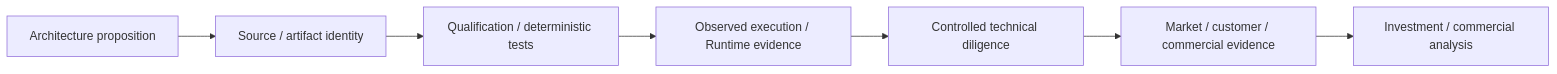
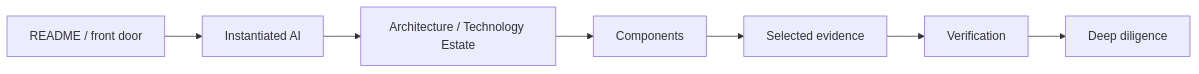
Before and after one commit to EHCOnomics-Systems/EHCOsystem: the fourth of 4 diagrams in architecture/diagrams/README.md, drawn with Mermaid. The commit also changed other lines of this file, not shown here.

Commit message:
Make architecture diagrams current and resting-state durable

````diff
--- a/architecture/diagrams/README.md
+++ b/architecture/diagrams/README.md
@@ -115,12 +74,12 @@
 ```mermaid
 flowchart LR
-    A[Architecture proposition]
-    B[Source / artifact identity]
-    C[Qualification / deterministic tests]
-    D[Observed execution / Runtime evidence]
-    E[Controlled technical diligence]
-    F[Market / customer / commercial evidence]
-    G[Investment / commercial analysis]
+    R[README / front door]
+    I[Instantiated AI]
+    A[Architecture / Technology Estate]
+    C[Components]
+    E[Selected evidence]
+    V[Verification]
+    D[Deep diligence]
 
-    A --> B --> C --> D --> E --> F --> G
+    R --> I --> A --> C --> E --> V --> D
 ```
````
